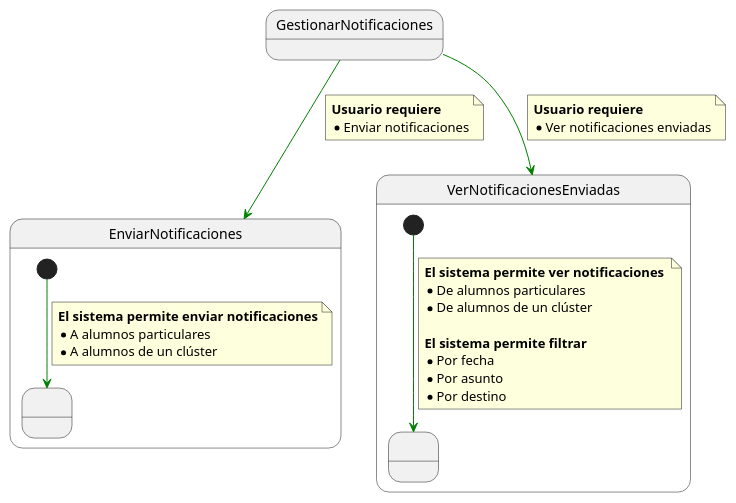
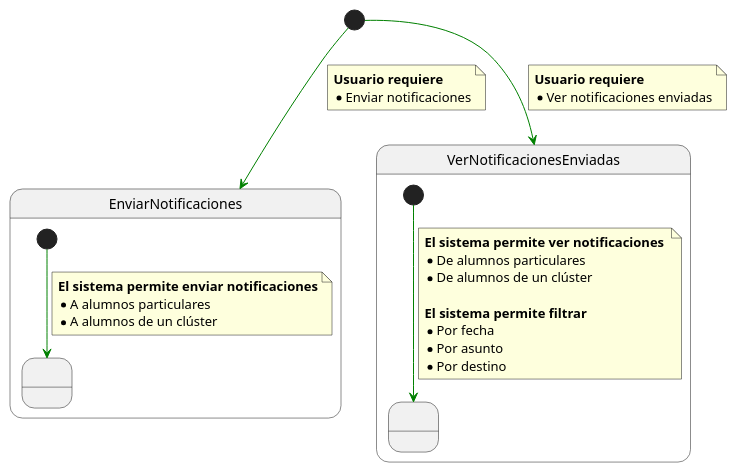
One commit to mmasias/IdSw1-22-23 changed the diagram in 000-entregas/Grupo1/DetalleCasosDeUso/GestionarNotificaciones.puml. Above: the diagram before and after it, drawn with PlantUML.

```diff
--- a/000-entregas/Grupo1/DetalleCasosDeUso/GestionarNotificaciones.puml
+++ b/000-entregas/Grupo1/DetalleCasosDeUso/GestionarNotificaciones.puml
@@ -1,52 +1,52 @@
 @startuml GestionarNotificaciones
 
-State GestionarNotificaciones
+
 
 State EnviarNotificaciones{ 
 
   State state1 as " "
 
   [*] -[#green]-> state1
 
   note on link 
     <b>El sistema permite enviar notificaciones
     * A alumnos particulares
     * A alumnos de un clúster
   end note
  
 } 
 
 State VerNotificacionesEnviadas{ 
 
   State state2 as " "
 
   [*] -[#green]-> state2
 
   note on link 
     <b>El sistema permite ver notificaciones 
     * De alumnos particulares
     * De alumnos de un clúster
 
     <b>El sistema permite filtrar
     * Por fecha
     * Por asunto
     * Por destino
   end note
 
 } 
 
-GestionarNotificaciones-[#green]-> EnviarNotificaciones
+[*]-[#green]-> EnviarNotificaciones
 
 note on link
  <b>Usuario requiere
  * Enviar notificaciones
 end note
 
-GestionarNotificaciones-[#green]-> VerNotificacionesEnviadas
+[*]-[#green]-> VerNotificacionesEnviadas
 
 note on link
  <b>Usuario requiere
  * Ver notificaciones enviadas
 end note
 
 @enduml
```
